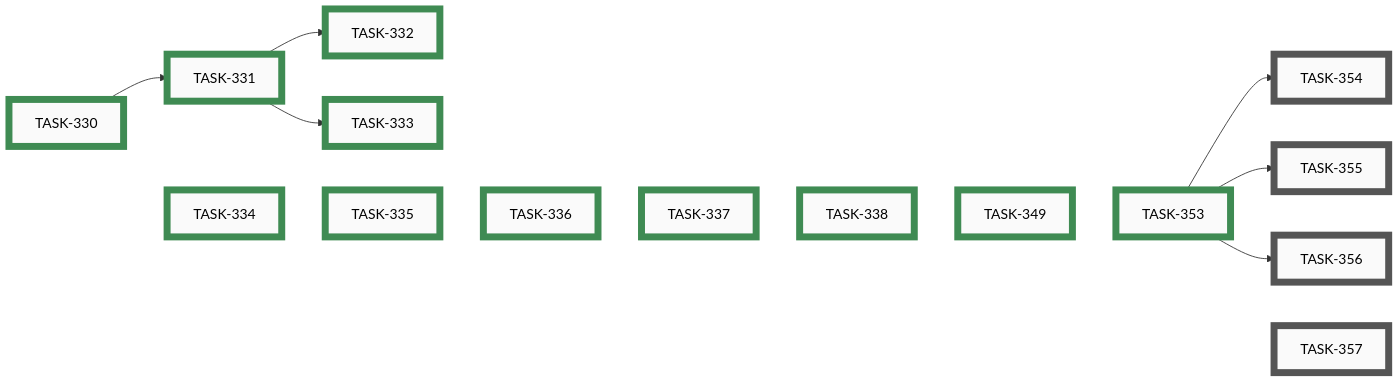
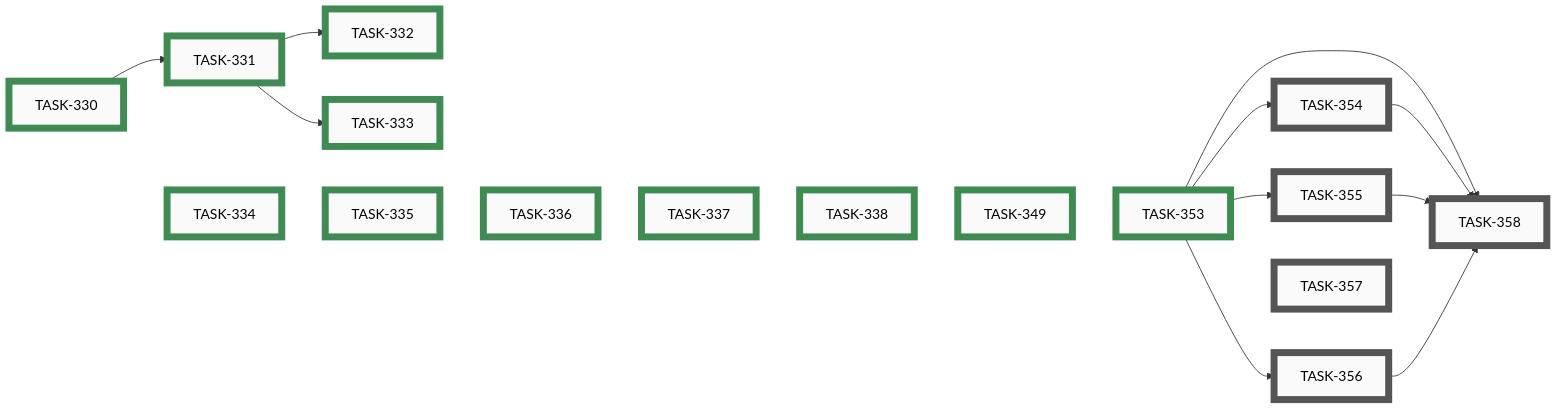
Before and after one commit to tgd1975/AwesomeStudioPedal: the eighth of 10 diagrams in docs/developers/tasks/EPICS.md, drawn with Mermaid. The commit also changed other lines of this file and 6 other files, not shown here.

````diff
--- a/docs/developers/tasks/EPICS.md
+++ b/docs/developers/tasks/EPICS.md
@@ -296,48 +296,54 @@
 ```mermaid
 graph LR
     TASK_354["TASK-354"]:::open
     TASK_355["TASK-355"]:::open
     TASK_356["TASK-356"]:::open
     TASK_357["TASK-357"]:::open
+    TASK_358["TASK-358"]:::open
     TASK_330["TASK-330"]:::closed
     TASK_331["TASK-331"]:::closed
     TASK_332["TASK-332"]:::closed
     TASK_333["TASK-333"]:::closed
     TASK_334["TASK-334"]:::closed
     TASK_335["TASK-335"]:::closed
     TASK_336["TASK-336"]:::closed
     TASK_337["TASK-337"]:::closed
     TASK_338["TASK-338"]:::closed
     TASK_349["TASK-349"]:::closed
     TASK_353["TASK-353"]:::closed
     TASK_353 --> TASK_354
     TASK_353 --> TASK_355
     TASK_353 --> TASK_356
+    TASK_353 --> TASK_358
+    TASK_354 --> TASK_358
+    TASK_355 --> TASK_358
+    TASK_356 --> TASK_358
     TASK_330 --> TASK_331
     TASK_331 --> TASK_332
     TASK_331 --> TASK_333
     TASK_330 ~~~ TASK_334 ~~~ TASK_335 ~~~ TASK_336 ~~~ TASK_337 ~~~ TASK_338 ~~~ TASK_349 ~~~ TASK_353 ~~~ TASK_357
     click TASK_354 "open/task-354-firmware-version-read-characteristic.md"
     click TASK_355 "open/task-355-firmware-config-readback.md"
     click TASK_356 "open/task-356-firmware-active-profile-notify.md"
     click TASK_357 "open/task-357-reconcile-max-config-bytes-doc-vs-code.md"
+    click TASK_358 "open/task-358-nrf52840-ble-readback-surfaces.md"
     click TASK_330 "closed/task-330-decide-content-page-open-questions.md"
     click TASK_331 "closed/task-331-add-info-about-page.md"
     click TASK_332 "closed/task-332-add-howto-quickstart-page.md"
     click TASK_333 "closed/task-333-add-profiles-troubleshooting-legal-pages.md"
     click TASK_334 "closed/task-334-add-startup-splash-screen.md"
     click TASK_335 "closed/task-335-add-connection-status-strip-and-details-sheet.md"
     click TASK_336 "closed/task-336-add-connected-pedal-page-board-only.md"
     click TASK_337 "closed/task-337-firmware-expose-version-config-active-profile.md"
     click TASK_338 "closed/task-338-add-hid-display-table-and-live-keystroke-page.md"
     click TASK_349 "closed/task-349-display-unified-version-in-mobile-app.md"
     click TASK_353 "closed/task-353-feasibility-firmware-ble-readback-surfaces.md"
     classDef open    fill:#FAFAFA,stroke:#555,stroke-width:8px,color:#000
     classDef active  fill:#FAFAFA,stroke:#1A6FA8,stroke-width:8px,color:#000
     classDef closed  fill:#FAFAFA,stroke:#3F8B53,stroke-width:8px,color:#000
     classDef paused  fill:#FAFAFA,stroke:#B07810,stroke-width:8px,color:#000
     classDef openExt    fill:#000,stroke:#888,stroke-width:8px,color:#FFF
     classDef activeExt  fill:#000,stroke:#3FA9F5,stroke-width:8px,color:#FFF
     classDef closedExt  fill:#000,stroke:#7CC68A,stroke-width:8px,color:#FFF
     classDef pausedExt  fill:#000,stroke:#F0B030,stroke-width:8px,color:#FFF
 ```
````
